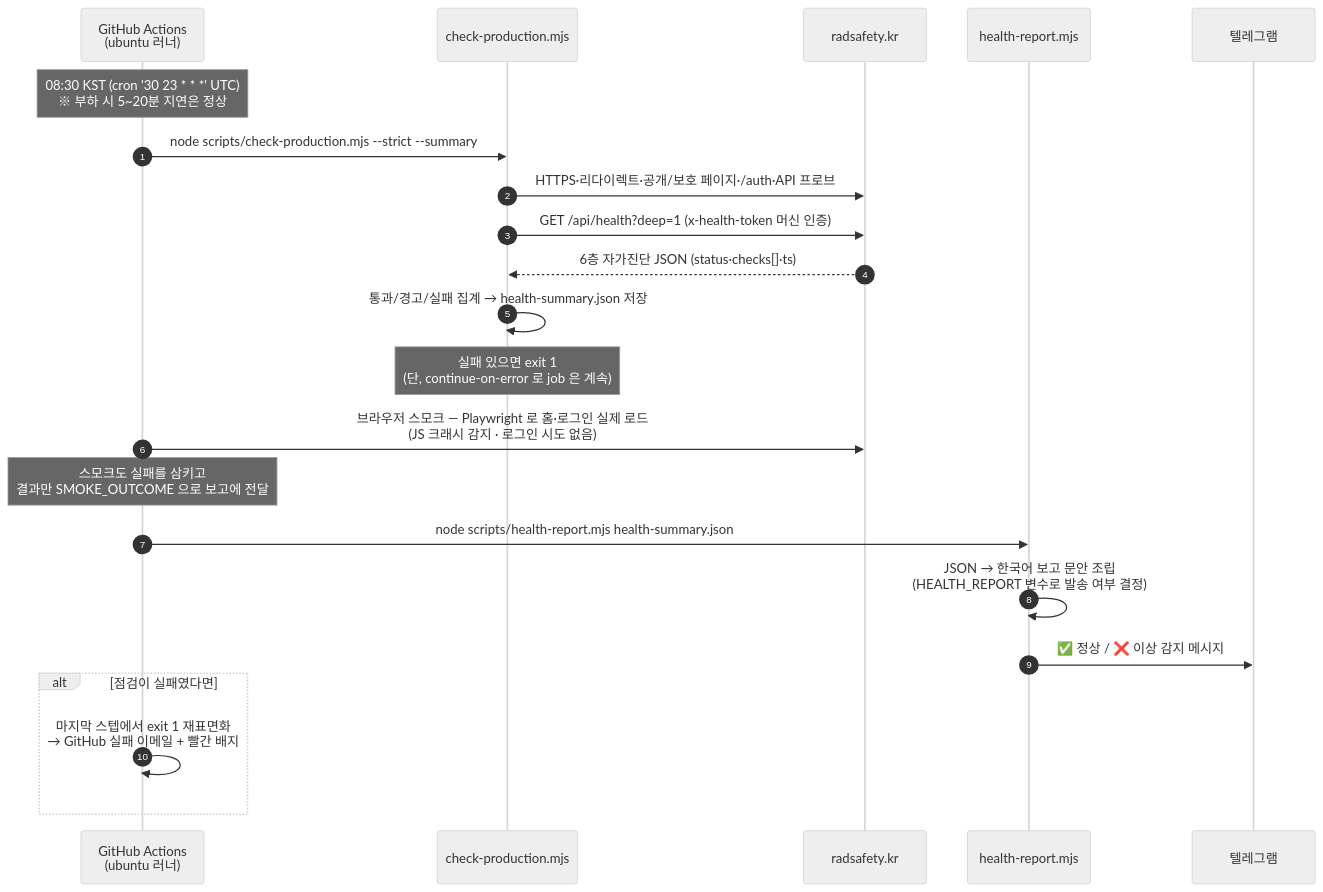
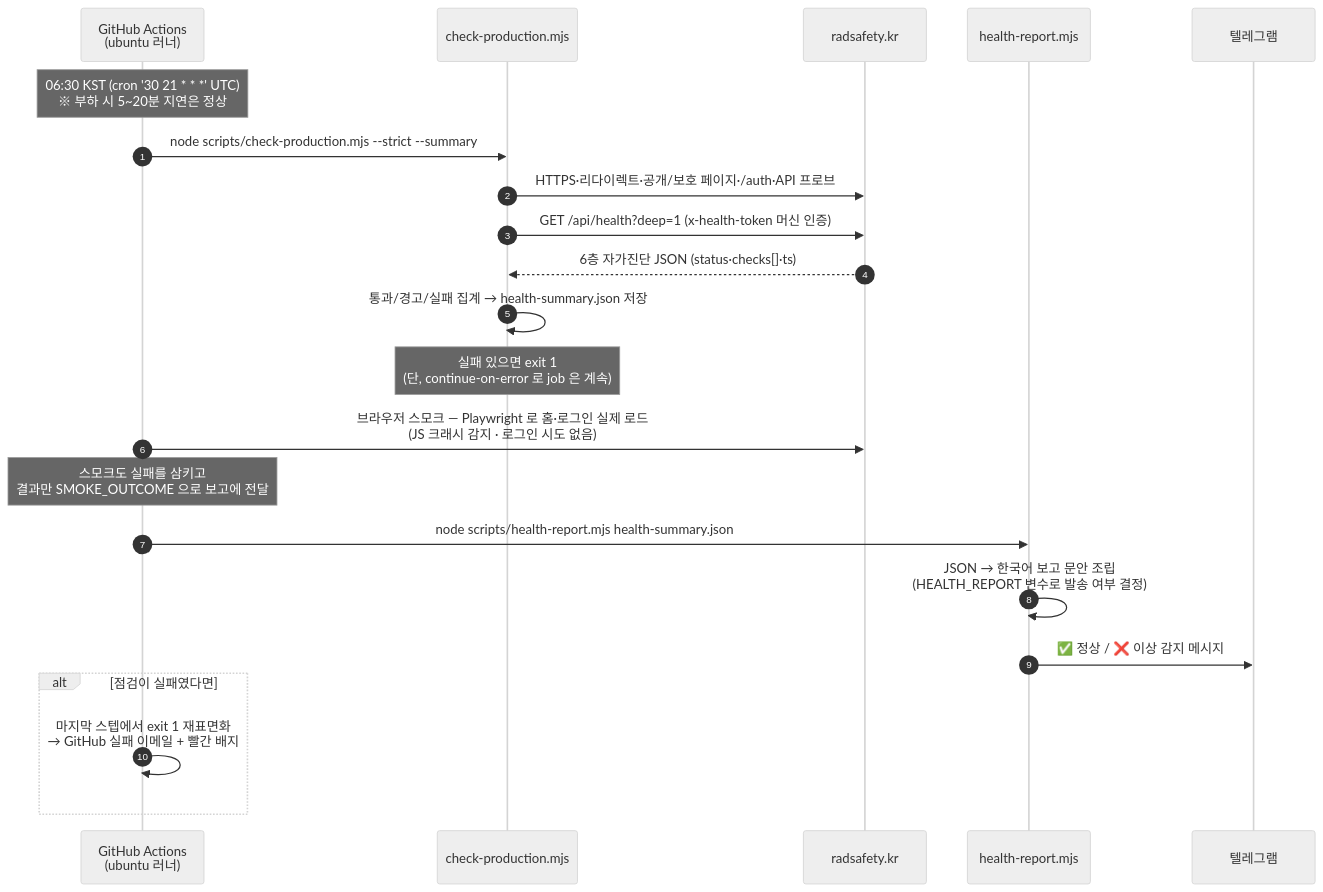
One commit to ai4radmed/radsafety-pwa changed the second of 4 diagrams in documents/health_monitoring_guide.md. Above: the diagram before and after it, drawn with Mermaid (neutral theme). The commit also changed other lines of this file and 2 other files, not shown here.

Commit message:
chore(health): 아침 보고 시각 08:30 → 06:30 KST (cron 30 21 * * * UTC)

````diff
--- a/documents/health_monitoring_guide.md
+++ b/documents/health_monitoring_guide.md
@@ -64,25 +64,25 @@
 ```mermaid
 sequenceDiagram
     autonumber
     participant GH as GitHub Actions<br/>(ubuntu 러너)
     participant CP as check-production.mjs
     participant App as radsafety.kr
     participant HR as health-report.mjs
     participant TG as 텔레그램
 
-    Note over GH: 08:30 KST (cron '30 23 * * *' UTC)<br/>※ 부하 시 5~20분 지연은 정상
+    Note over GH: 06:30 KST (cron '30 21 * * *' UTC)<br/>※ 부하 시 5~20분 지연은 정상
     GH->>CP: node scripts/check-production.mjs --strict --summary
     CP->>App: HTTPS·리다이렉트·공개/보호 페이지·/auth·API 프로브
     CP->>App: GET /api/health?deep=1 (x-health-token 머신 인증)
     App-->>CP: 6층 자가진단 JSON (status·checks[]·ts)
     CP->>CP: 통과/경고/실패 집계 → health-summary.json 저장
     Note over CP: 실패 있으면 exit 1<br/>(단, continue-on-error 로 job 은 계속)
     GH->>App: 브라우저 스모크 — Playwright 로 홈·로그인 실제 로드<br/>(JS 크래시 감지 · 로그인 시도 없음)
     Note over GH: 스모크도 실패를 삼키고<br/>결과만 SMOKE_OUTCOME 으로 보고에 전달
     GH->>HR: node scripts/health-report.mjs health-summary.json
     HR->>HR: JSON → 한국어 보고 문안 조립<br/>(HEALTH_REPORT 변수로 발송 여부 결정)
     HR->>TG: ✅ 정상 / ❌ 이상 감지 메시지
     alt 점검이 실패였다면
         GH->>GH: 마지막 스텝에서 exit 1 재표면화<br/>→ GitHub 실패 이메일 + 빨간 배지
     end
 ```
````
